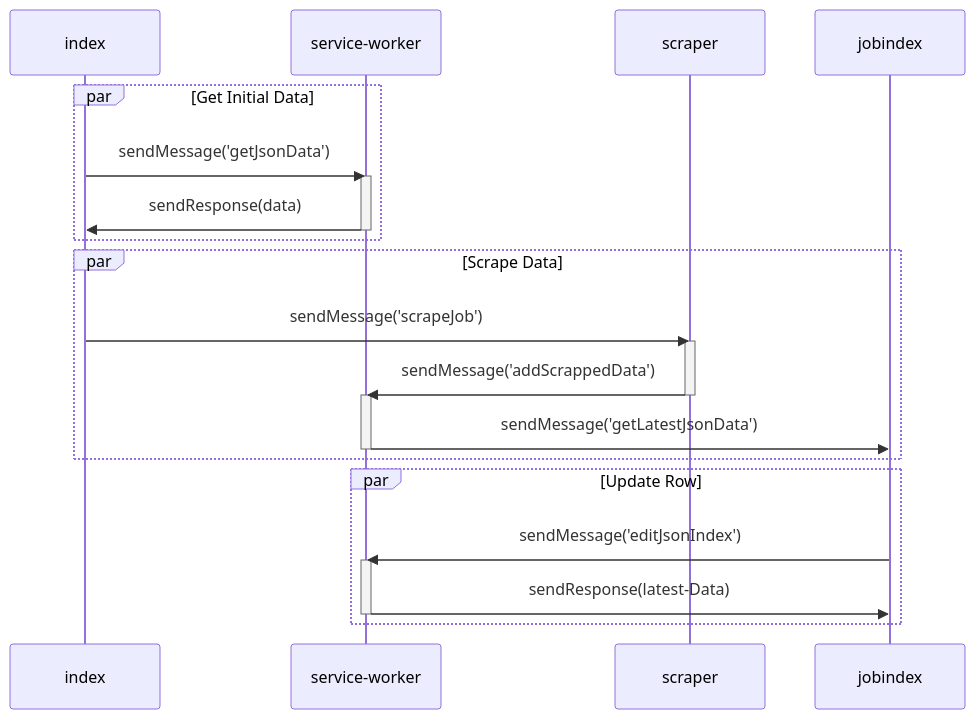
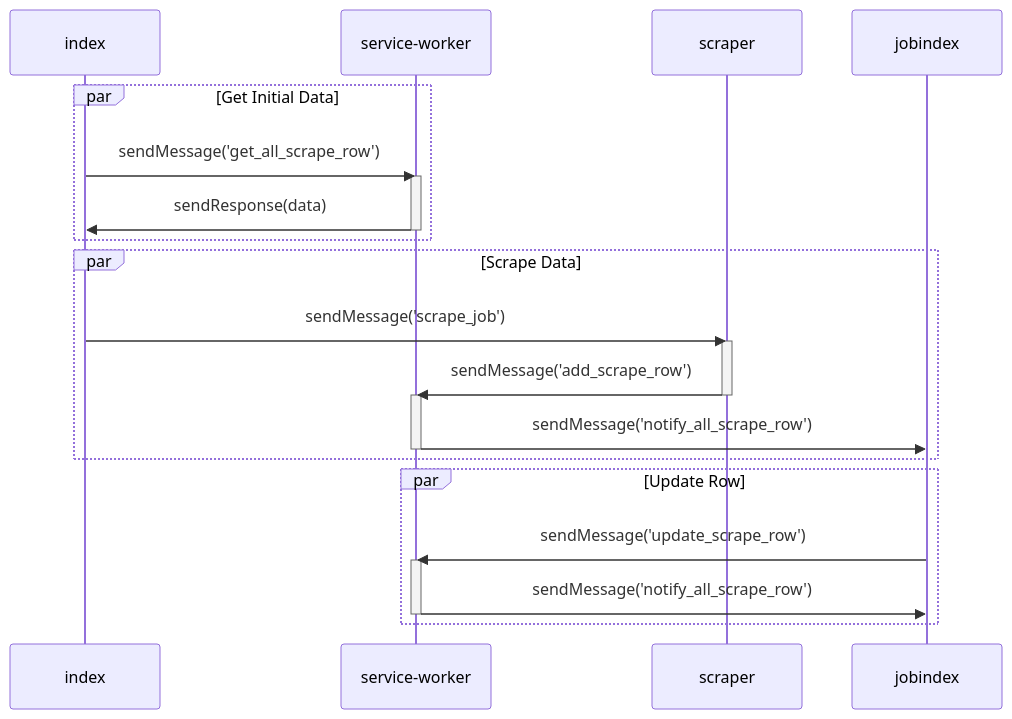
One commit to alvi1316/JIS-Chrome--Extension changed the diagram in README.md. Above: the diagram before and after it, drawn with Mermaid. The commit also changed other lines of this file, not shown here.

````diff
--- a/README.md
+++ b/README.md
@@ -18,27 +20,27 @@
 ```mermaid
 sequenceDiagram
 
     par Get Initial Data
-    index ->> service-worker: sendMessage('getJsonData')
+    index ->> service-worker: sendMessage('get_all_scrape_row')
     activate service-worker
     service-worker ->> index: sendResponse(data)
     deactivate service-worker
     end
 
     par Scrape Data
-    index ->> scraper: sendMessage('scrapeJob')
+    index ->> scraper: sendMessage('scrape_job')
     activate scraper
-    scraper ->> service-worker: sendMessage('addScrappedData')
+    scraper ->> service-worker: sendMessage('add_scrape_row')
     deactivate scraper 
     activate service-worker
-    service-worker ->> jobindex: sendMessage('getLatestJsonData')
+    service-worker ->> jobindex: sendMessage('notify_all_scrape_row')
     deactivate service-worker
     end
 
     par Update Row
-    jobindex ->> service-worker: sendMessage('editJsonIndex')
+    jobindex ->> service-worker: sendMessage('update_scrape_row')
     activate service-worker
-    service-worker ->> jobindex: sendResponse(latest-Data)
+    service-worker ->> jobindex: sendMessage('notify_all_scrape_row')
     deactivate service-worker
     end
 ```
````
